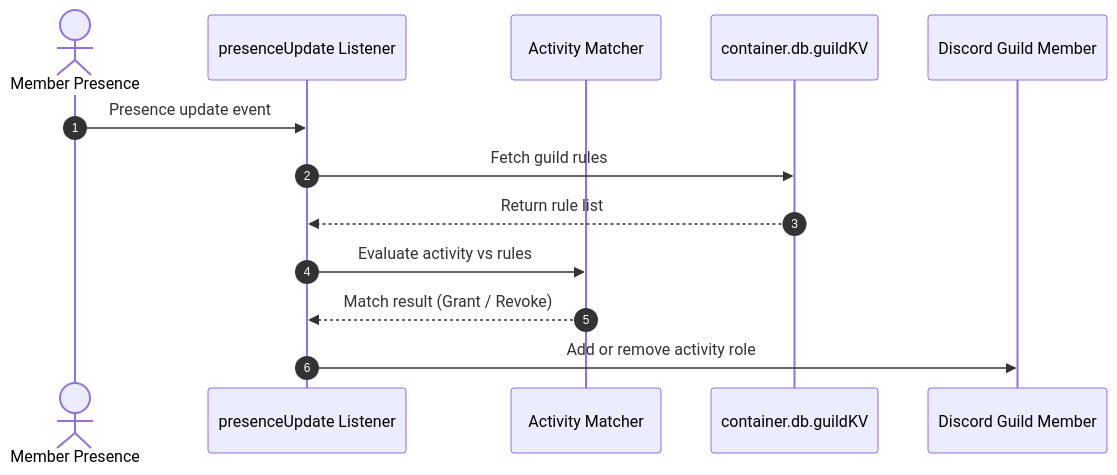
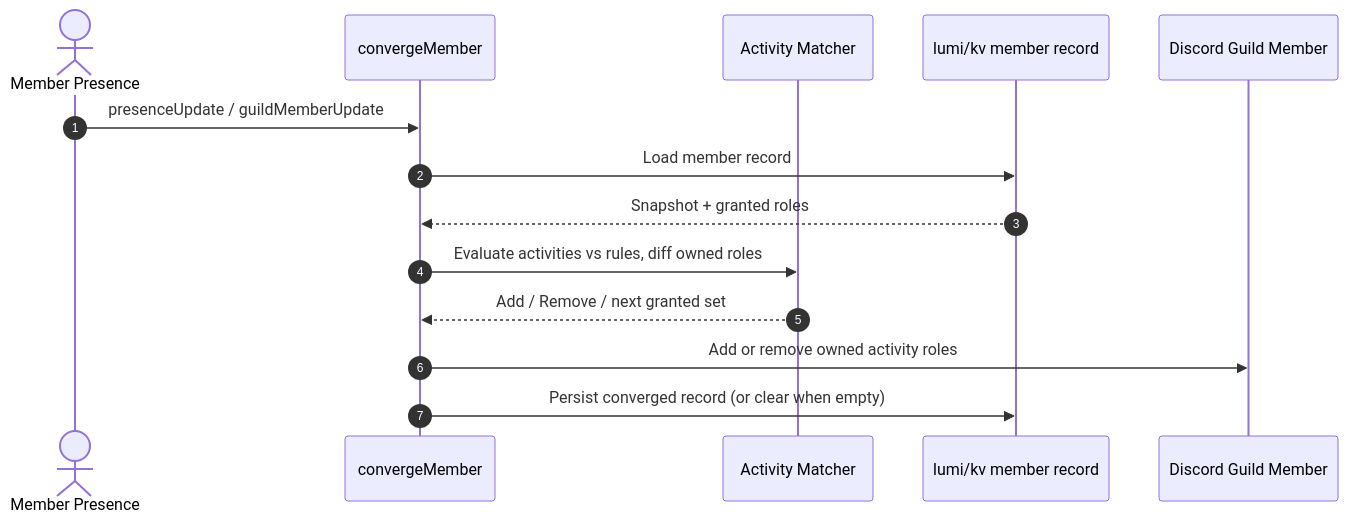
One commit to lumi-devs/lumi-addons changed the diagram in activity-roles/README.md. Above: the diagram before and after it, drawn with Mermaid. The commit also changed other lines of this file and 162 other files, not shown here.

````diff
--- a/activity-roles/README.md
+++ b/activity-roles/README.md
@@ -80,16 +81,17 @@
 ```mermaid
 sequenceDiagram
     autonumber
     actor User as Member Presence
-    participant Listener as presenceUpdate Listener
+    participant Handler as convergeMember
     participant Matcher as Activity Matcher
-    participant DB as container.db.guildKV
+    participant KV as lumi/kv member record
     participant Guild as Discord Guild Member
 
-    User->>Listener: Presence update event
-    Listener->>DB: Fetch guild rules
-    DB-->>Listener: Return rule list
-    Listener->>Matcher: Evaluate activity vs rules
-    Matcher-->>Listener: Match result (Grant / Revoke)
-    Listener->>Guild: Add or remove activity role
+    User->>Handler: presenceUpdate / guildMemberUpdate
+    Handler->>KV: Load member record
+    KV-->>Handler: Snapshot + granted roles
+    Handler->>Matcher: Evaluate activities vs rules, diff owned roles
+    Matcher-->>Handler: Add / Remove / next granted set
+    Handler->>Guild: Add or remove owned activity roles
+    Handler->>KV: Persist converged record (or clear when empty)
 ```
````
